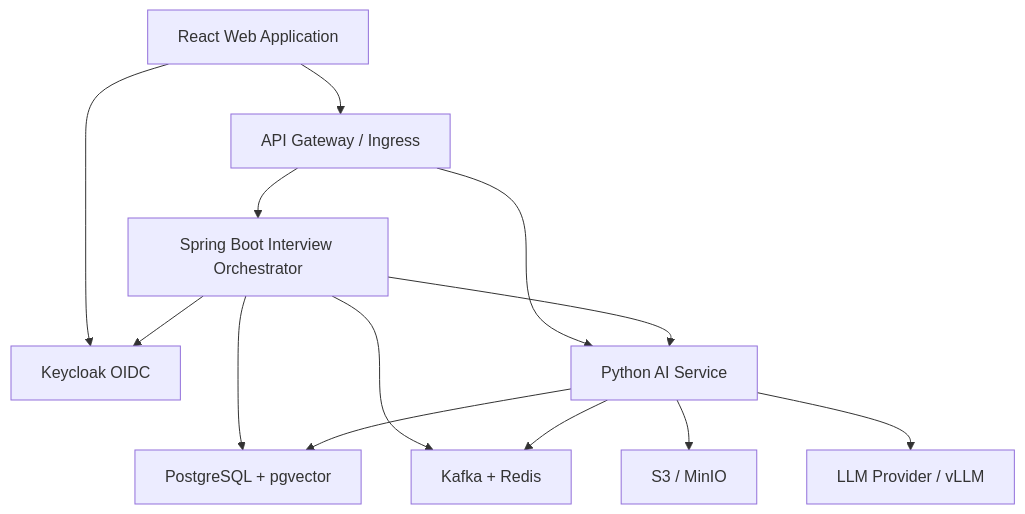
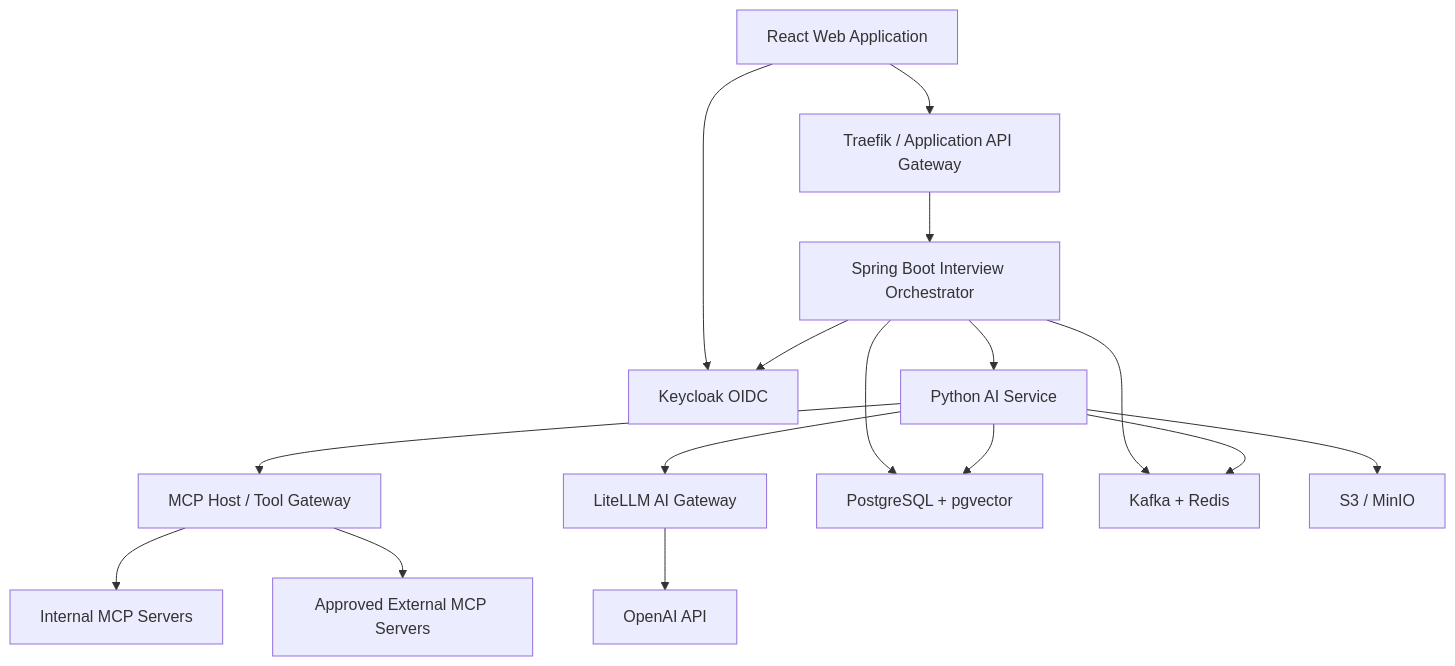
The first of 7 diagrams in docs/architecture-design.md (Skpandey15/Java_AI_MCP), drawn with Mermaid before and after one commit. The commit also changed other lines of this file, not shown here.

Commit message:
docs: add LiteLLM gateway and bidirectional MCP architecture

````diff
--- a/docs/architecture-design.md
+++ b/docs/architecture-design.md
@@ -62,25 +64,32 @@
 ```mermaid
 flowchart TB
     UI["React Web Application"]
-    GW["API Gateway / Ingress"]
+    APPGW["Traefik / Application API Gateway"]
     IDP["Keycloak OIDC"]
     ORCH["Spring Boot Interview Orchestrator"]
     AI["Python AI Service"]
+    MCPG["MCP Host / Tool Gateway"]
+    MCPI["Internal MCP Servers"]
+    MCPE["Approved External MCP Servers"]
+    LITE["LiteLLM AI Gateway"]
+    OPENAI["OpenAI API"]
     DATA["PostgreSQL + pgvector"]
     ASYNC["Kafka + Redis"]
     STORE["S3 / MinIO"]
-    LLM["LLM Provider / vLLM"]
 
-    UI --> GW
+    UI --> APPGW
     UI --> IDP
-    GW --> ORCH
-    GW --> AI
+    APPGW --> ORCH
     ORCH --> IDP
     ORCH --> DATA
     ORCH --> ASYNC
     ORCH --> AI
+    AI --> MCPG
+    MCPG --> MCPI
+    MCPG --> MCPE
+    AI --> LITE
+    LITE --> OPENAI
     AI --> DATA
     AI --> ASYNC
     AI --> STORE
-    AI --> LLM
 ```
````
